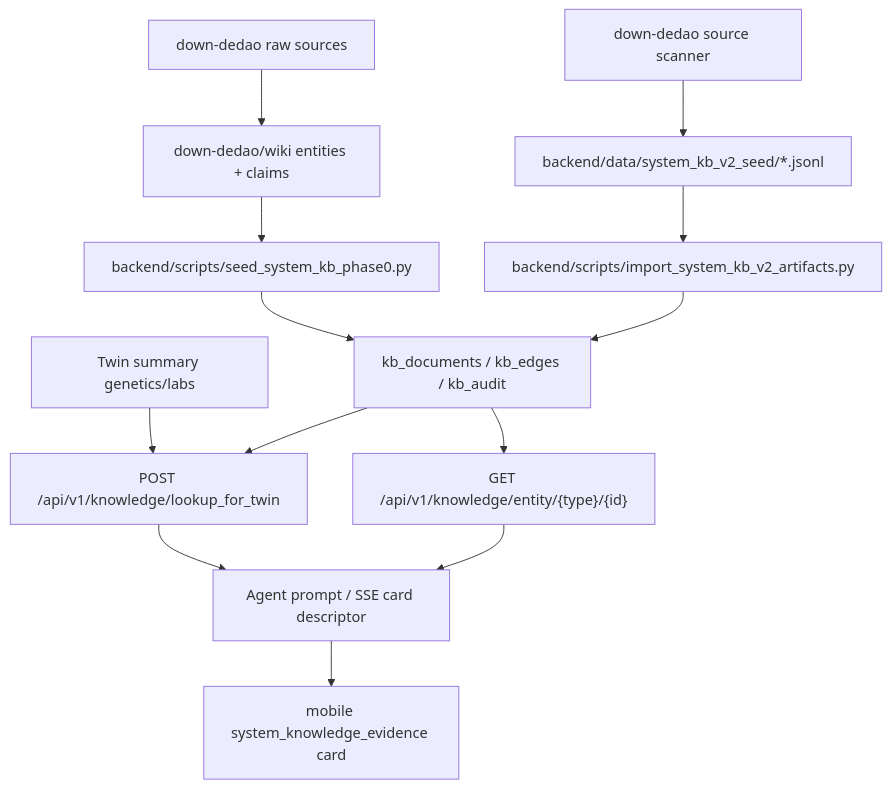
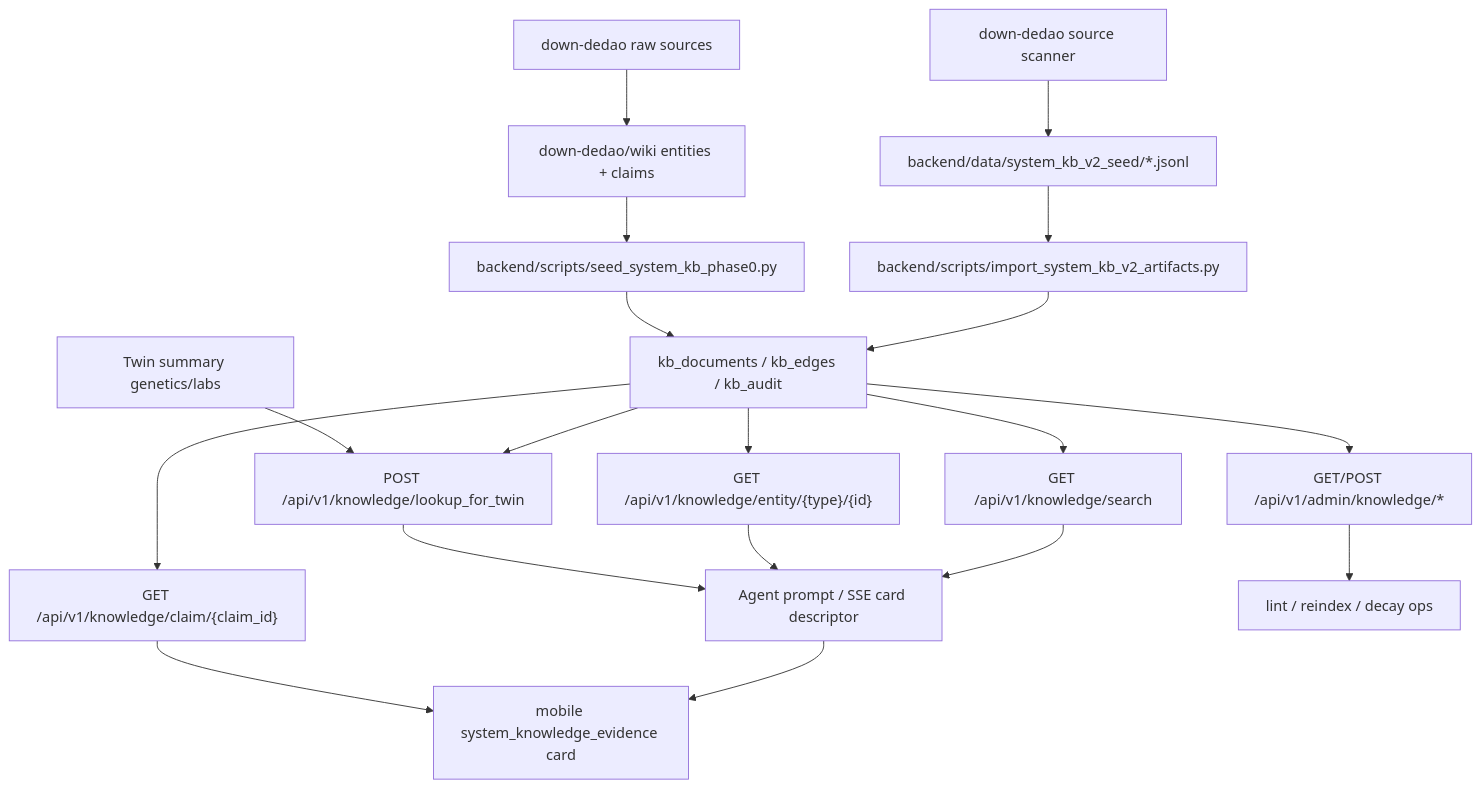
One commit to itsoso/health-llm-driven changed the first of 2 diagrams in docs/architecture/system-knowledge-kb-phase0.md. Above: the diagram before and after it, drawn with Mermaid. The commit also changed other lines of this file and 15 other files, not shown here.

Commit message:
feat(knowledge): add system kb search and lifecycle ops

````diff
--- a/docs/architecture/system-knowledge-kb-phase0.md
+++ b/docs/architecture/system-knowledge-kb-phase0.md
@@ -13,15 +13,21 @@
 ```mermaid
 flowchart TD
   Raw["down-dedao raw sources"] --> Wiki["down-dedao/wiki entities + claims"]
   Wiki --> Seed["backend/scripts/seed_system_kb_phase0.py"]
   RawScan["down-dedao source scanner"] --> Artifact["backend/data/system_kb_v2_seed/*.jsonl"]
   Artifact --> Importer["backend/scripts/import_system_kb_v2_artifacts.py"]
   Seed --> DB["kb_documents / kb_edges / kb_audit"]
   Importer --> DB
   Twin["Twin summary genetics/labs"] --> Lookup["POST /api/v1/knowledge/lookup_for_twin"]
   DB --> Lookup
   DB --> Entity["GET /api/v1/knowledge/entity/{type}/{id}"]
+  DB --> Claim["GET /api/v1/knowledge/claim/{claim_id}"]
+  DB --> Search["GET /api/v1/knowledge/search"]
+  DB --> Admin["GET/POST /api/v1/admin/knowledge/*"]
   Lookup --> Agent["Agent prompt / SSE card descriptor"]
   Entity --> Agent
+  Claim --> Mobile
+  Search --> Agent
+  Admin --> Ops["lint / reindex / decay ops"]
   Agent --> Mobile["mobile system_knowledge_evidence card"]
 ```
````
